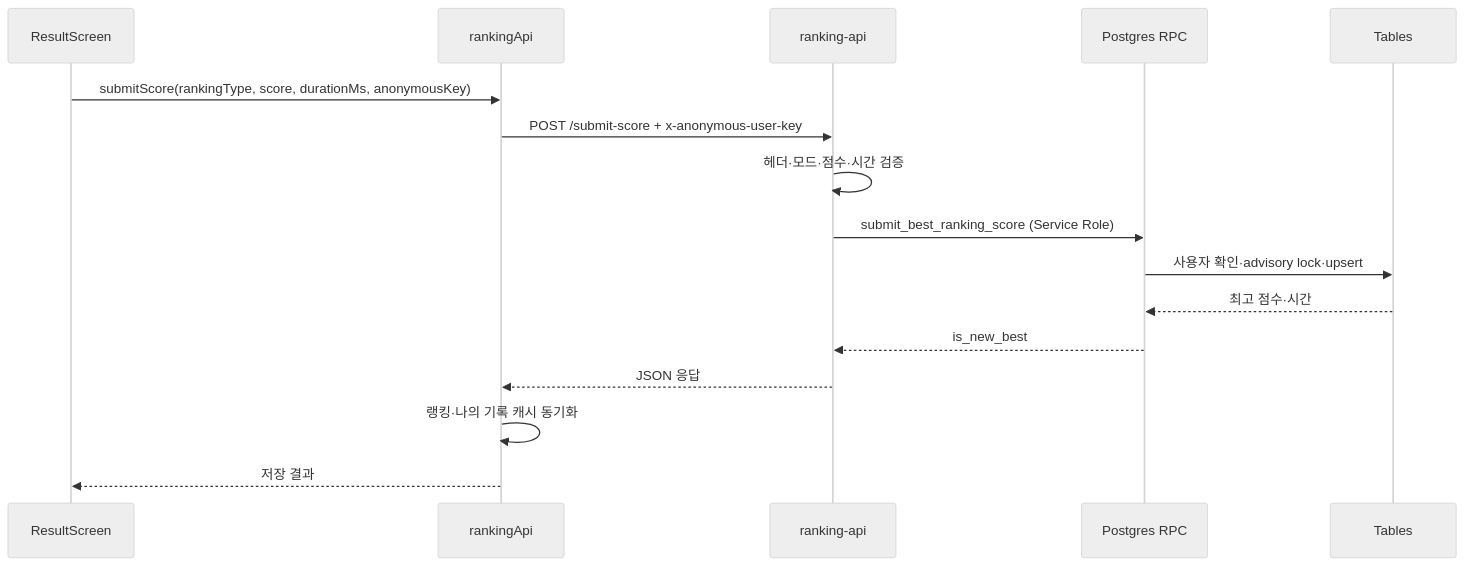
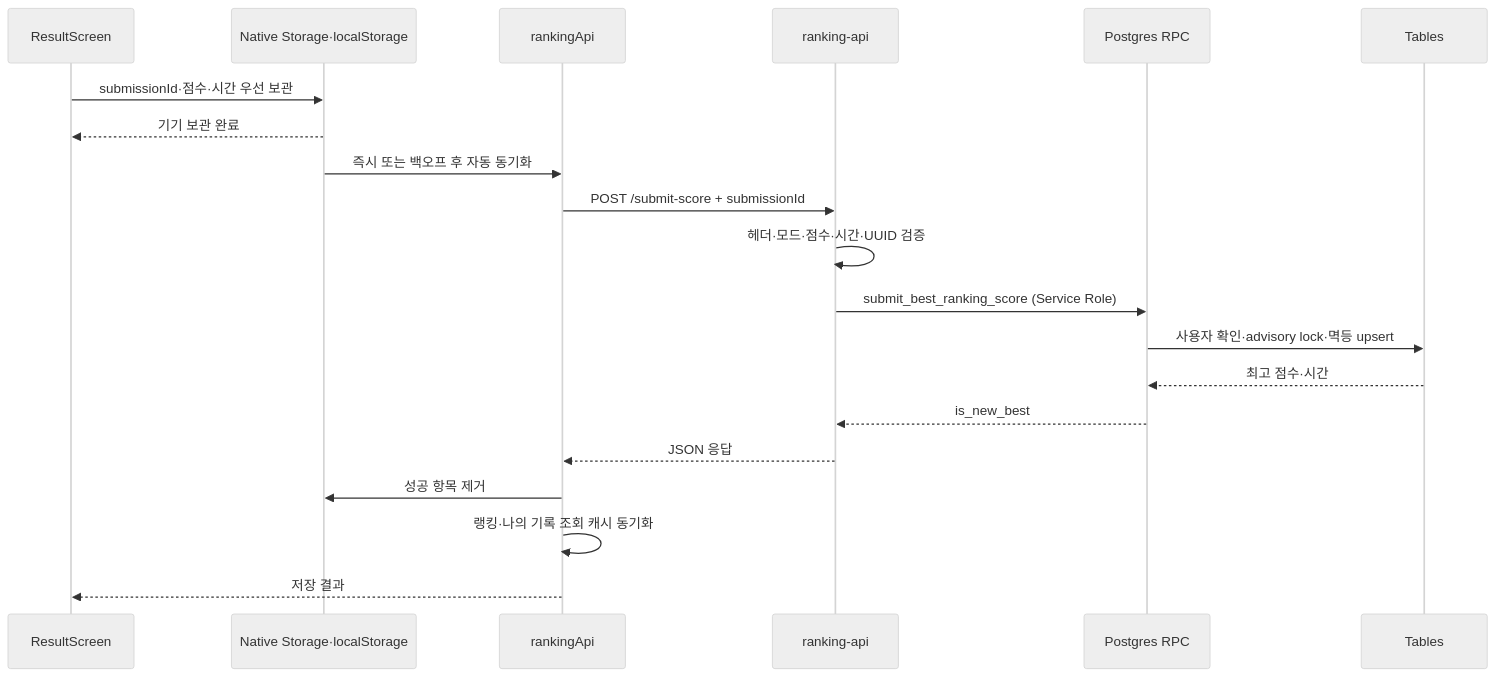
One commit to toss-aug-hackathon/blow-balloon changed the third of 4 diagrams in docs/architecture.md. Above: the diagram before and after it, drawn with Mermaid (neutral theme). The commit also changed other lines of this file and 27 other files, not shown here.

````diff
--- a/docs/architecture.md
+++ b/docs/architecture.md
@@ -80,19 +80,23 @@
 ```mermaid
 sequenceDiagram
   participant Result as ResultScreen
+  participant Outbox as Native Storage·localStorage
   participant Client as rankingApi
   participant Edge as ranking-api
   participant RPC as Postgres RPC
   participant DB as Tables
 
-  Result->>Client: submitScore(rankingType, score, durationMs, anonymousKey)
-  Client->>Edge: POST /submit-score + x-anonymous-user-key
-  Edge->>Edge: 헤더·모드·점수·시간 검증
+  Result->>Outbox: submissionId·점수·시간 우선 보관
+  Outbox-->>Result: 기기 보관 완료
+  Outbox->>Client: 즉시 또는 백오프 후 자동 동기화
+  Client->>Edge: POST /submit-score + submissionId
+  Edge->>Edge: 헤더·모드·점수·시간·UUID 검증
   Edge->>RPC: submit_best_ranking_score (Service Role)
-  RPC->>DB: 사용자 확인·advisory lock·upsert
+  RPC->>DB: 사용자 확인·advisory lock·멱등 upsert
   DB-->>RPC: 최고 점수·시간
   RPC-->>Edge: is_new_best
   Edge-->>Client: JSON 응답
-  Client->>Client: 랭킹·나의 기록 캐시 동기화
+  Client->>Outbox: 성공 항목 제거
+  Client->>Client: 랭킹·나의 기록 조회 캐시 동기화
   Client-->>Result: 저장 결과
 ```
````
